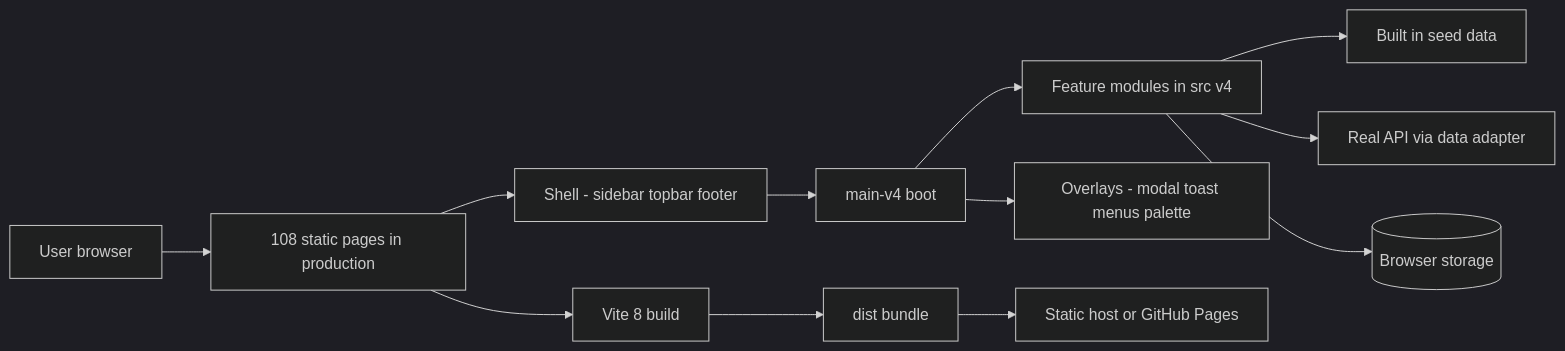
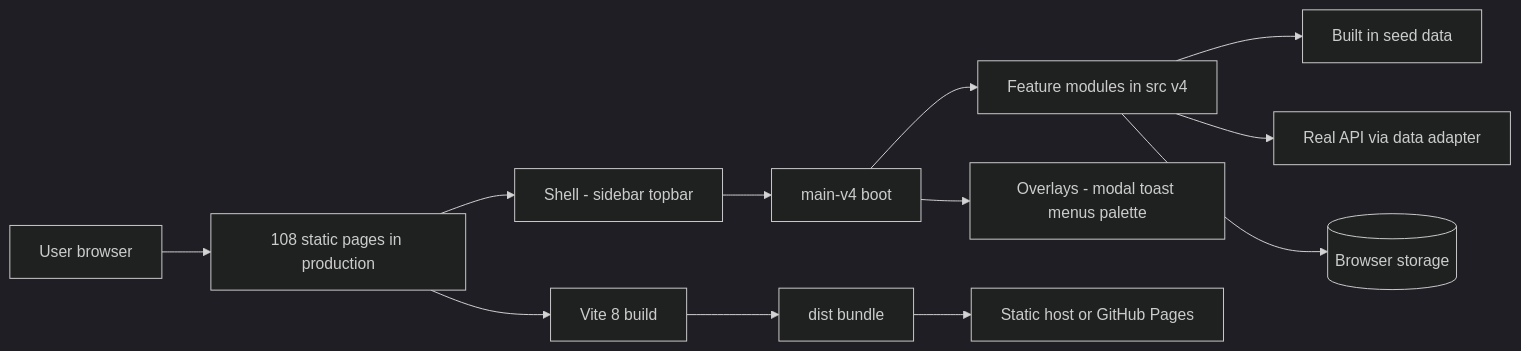
The first of 8 diagrams in docs/architecture-blueprint.md (ar4web/Dash), drawn with Mermaid (dark theme) before and after one commit. The commit also changed other lines of this file and 12 other files, not shown here.

First line of the commit message:
Remove shell footer chrome (brand + version labels)

````diff
--- a/docs/architecture-blueprint.md
+++ b/docs/architecture-blueprint.md
@@ -12,14 +12,14 @@
 ```mermaid
 flowchart LR
     U[User browser] --> P[108 static pages in production]
-    P --> SH[Shell - sidebar topbar footer]
+    P --> SH[Shell - sidebar topbar]
     SH --> M[main-v4 boot]
     M --> FEAT[Feature modules in src v4]
     FEAT --> SEED[Built in seed data]
     FEAT --> API[Real API via data adapter]
     FEAT --> LS[(Browser storage)]
     M --> OV[Overlays - modal toast menus palette]
     P --> V[Vite 8 build]
     V --> D[dist bundle]
     D --> H[Static host or GitHub Pages]
 ```
````
